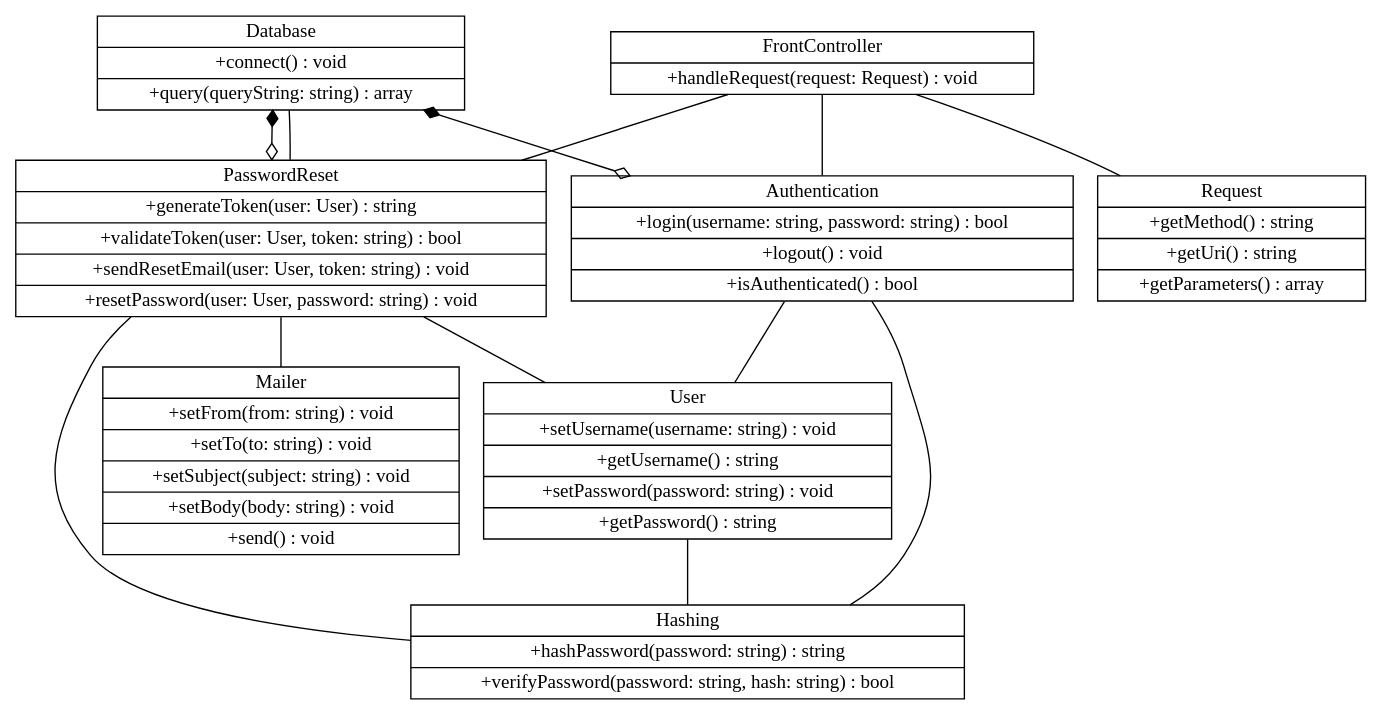
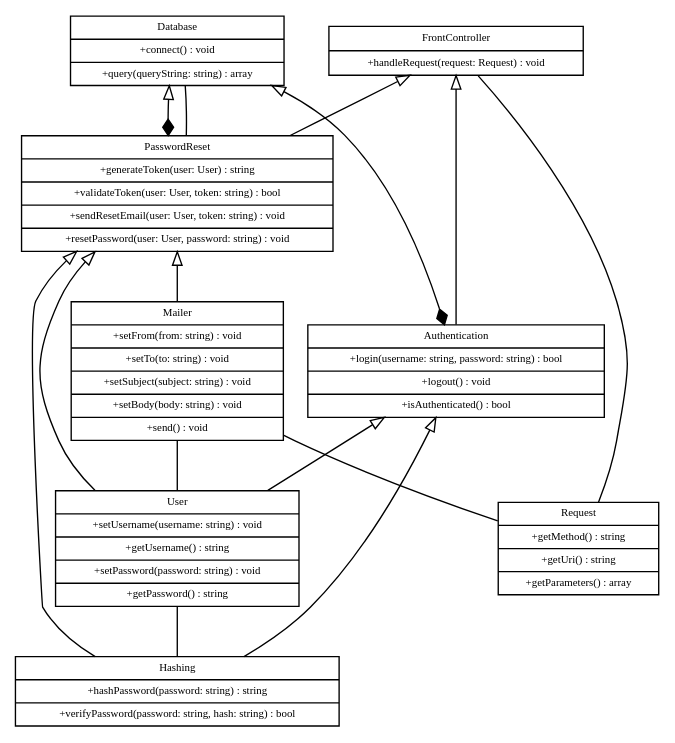
Before and after one commit to sched75/pictureserver: the diagram in doc/login_classdiagram.dot, drawn with Graphviz. The commit also changed 1 other file, not shown here.

```diff
--- a/doc/login_classdiagram.dot
+++ b/doc/login_classdiagram.dot
@@ -1,51 +1,55 @@
-digraph UML_Class_diagram {
-  node [shape=record];
+digraph Login_Class_Diagram {
+  edge [arrowtail="empty", splines="ortho"];
+  node [shape=record, fontname="Bitstream Vera Sans", fontsize=8];
 
   /* Database class */
   database [label="{Database|+connect() : void|+query(queryString: string) : array}"];
 
   /* User class */
   user [label="{User|+setUsername(username: string) : void|+getUsername() : string|+setPassword(password: string) : void|+getPassword() : string}"];
 
   /* Hashing trait */
   hashing [label="{Hashing|+hashPassword(password: string) : string|+verifyPassword(password: string, hash: string) : bool}"];
 
   /* Authentication class */
   authentication [label="{Authentication|+login(username: string, password: string) : bool|+logout() : void|+isAuthenticated() : bool}"];
 
   /* Mailer class */
   mailer [label="{Mailer|+setFrom(from: string) : void|+setTo(to: string) : void|+setSubject(subject: string) : void|+setBody(body: string) : void|+send() : void}"];
 
   /* PasswordReset class */
   password_reset [label="{PasswordReset|+generateToken(user: User) : string|+validateToken(user: User, token: string) : bool|+sendResetEmail(user: User, token: string) : void|+resetPassword(user: User, password: string) : void}"];
 
   /* Front Controller */
   front_controller [label="{FrontController|+handleRequest(request: Request) : void}"];
 
   /* Request class */
   request [label="{Request|+getMethod() : string|+getUri() : string|+getParameters() : array}"];
 
   /* Connect Database to Authentication and PasswordReset */
-  database -> authentication [dir=both, arrowtail=diamond, arrowhead=odiamond];
-  database -> password_reset [dir=both, arrowtail=diamond, arrowhead=odiamond];
+  database -> authentication [arrowhead=diamond, dir=both];
+  database -> password_reset [arrowhead=diamond, dir=both];
 
-    /* User uses Hashing trait */
-  user -> hashing [arrowhead=onormal, dir=none];
+  /* User uses Hashing trait */
+  user -> hashing [dir=none];
 
   /* Authentication uses User and Hashing */
-  authentication -> user [arrowhead=vee, dir=none];
-  authentication -> hashing [arrowhead=vee, dir=none];
+  authentication -> user [arrowhead=triangle, dir=back];
+  authentication -> hashing [arrowhead=diamond, dir=back];
 
   /* PasswordReset uses Database, User, Mailer, and Hashing */
-  password_reset -> database [arrowhead=onormal, dir=none];
-  password_reset -> user [arrowhead=vee, dir=none];
-  password_reset -> mailer [arrowhead=vee, dir=none];
-  password_reset -> hashing [arrowhead=vee, dir=none];
+  password_reset -> database [arrowhead=diamond, dir=none];
+  password_reset -> user [arrowhead=triangle, dir=back];
+  password_reset -> mailer [arrowhead=diamond, dir=back];
+  password_reset -> hashing [arrowhead=diamond, dir=back];
 
   /* Front Controller uses Authentication and PasswordReset */
-  front_controller -> authentication [arrowhead=vee, dir=none];
-  front_controller -> password_reset [arrowhead=vee, dir=none];
+  front_controller -> authentication [arrowhead=triangle, dir=back];
+  front_controller -> password_reset [arrowhead=triangle, dir=back];
 
   /* Request is used by Front Controller */
-  front_controller -> request [arrowhead=vee, dir=none];
-  }
+  front_controller -> request [arrowhead=diamond, dir=none];
+
+  /* Add edge with arrowtail=empty */
+  mailer -> {user, request} [dir=none, arrowhead=diamond];
+}
```
